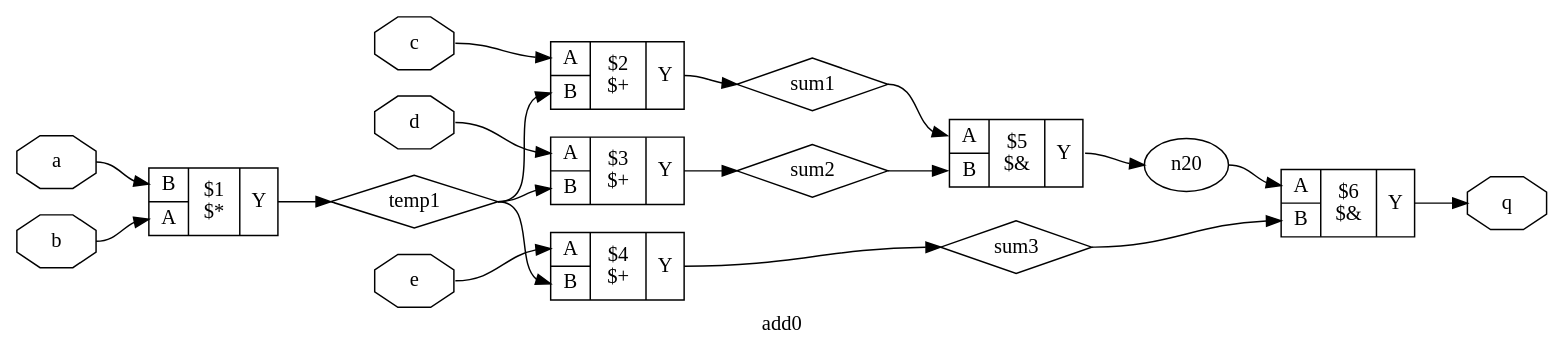
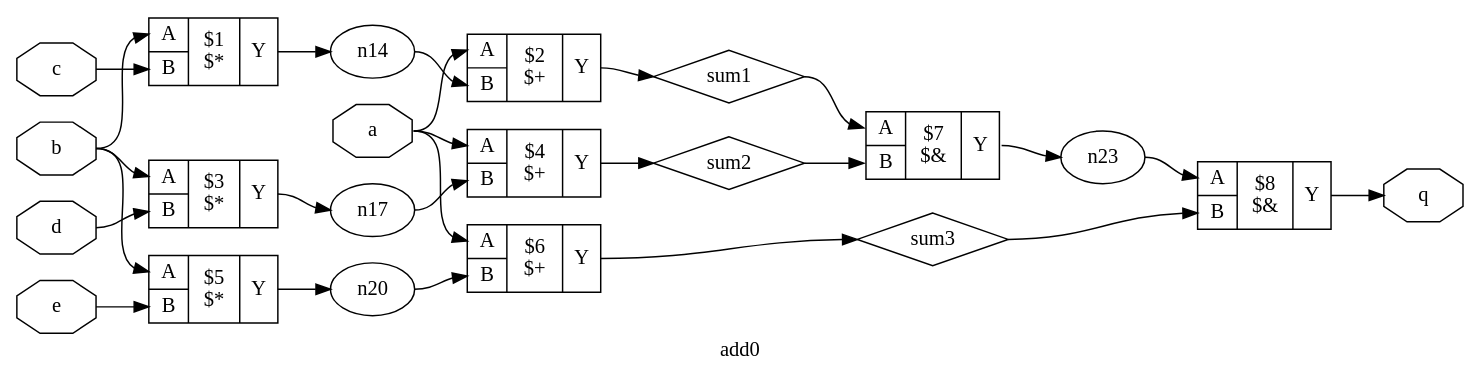
One commit to LeeKilller/LQLCode_MyIvl_v1.0_start changed the diagram in output/test1.dot. Above: the diagram before and after it, drawn with Graphviz. The commit also changed 5 other files, not shown here.

```diff
--- a/output/test1.dot
+++ b/output/test1.dot
@@ -1,39 +1,46 @@
 digraph "add0" {
 label="add0";
 rankdir="LR";
 remincross=true;
-n2 [ shape=octagon, label="a"];
-n3 [ shape=octagon, label="b"];
-n4 [ shape=octagon, label="c"];
-n5 [ shape=octagon, label="d"];
-n6 [ shape=octagon, label="e"];
-n7 [ shape=octagon, label="q"];
-n8 [ shape=diamond, label="sum1"];
-n9 [ shape=diamond, label="sum2"];
-n10 [ shape=diamond, label="sum3"];
-n11 [ shape=diamond, label="temp1"];
-c15 [ shape=record, label="{{<p12> B|<p13> A}|$1\n$*|{<p14> Y}}", ];
-n2:e -> c15:p12:w;
-n3:e -> c15:p13:w;
-c15:p14:e -> n11:w;
-c16 [ shape=record, label="{{<p13> A|<p12> B}|$2\n$+|{<p14> Y}}", ];
-n4:e -> c16:p13:w;
-c16:p14:e -> n8:w;
-n11:e -> c16:p12:w;
-c17 [ shape=record, label="{{<p13> A|<p12> B}|$3\n$+|{<p14> Y}}", ];
-n5:e -> c17:p13:w;
-c17:p14:e -> n9:w;
-n11:e -> c17:p12:w;
-c18 [ shape=record, label="{{<p13> A|<p12> B}|$4\n$+|{<p14> Y}}", ];
-n6:e -> c18:p13:w;
-c18:p14:e -> n10:w;
-n11:e -> c18:p12:w;
-c19 [ shape=record, label="{{<p13> A|<p12> B}|$5\n$&|{<p14> Y}}", ];
-n8:e -> c19:p13:w;
-c19:p14:e -> n20:w;
-n9:e -> c19:p12:w;
-c21 [ shape=record, label="{{<p13> A|<p12> B}|$6\n$&|{<p14> Y}}", ];
-c21:p14:e -> n7:w;
-n20:e -> c21:p13:w;
-n10:e -> c21:p12:w;
+n1 [ shape=octagon, label="a"];
+n2 [ shape=octagon, label="b"];
+n3 [ shape=octagon, label="c"];
+n4 [ shape=octagon, label="d"];
+n5 [ shape=octagon, label="e"];
+n6 [ shape=octagon, label="q"];
+n7 [ shape=diamond, label="sum1"];
+n8 [ shape=diamond, label="sum2"];
+n9 [ shape=diamond, label="sum3"];
+c13 [ shape=record, label="{{<p10> A|<p11> B}|$1\n$*|{<p12> Y}}", ];
+n2:e -> c13:p10:w;
+c13:p12:e -> n14:w;
+n3:e -> c13:p11:w;
+c15 [ shape=record, label="{{<p10> A|<p11> B}|$2\n$+|{<p12> Y}}", ];
+n1:e -> c15:p10:w;
+n14:e -> c15:p11:w;
+c15:p12:e -> n7:w;
+c16 [ shape=record, label="{{<p10> A|<p11> B}|$3\n$*|{<p12> Y}}", ];
+n2:e -> c16:p10:w;
+c16:p12:e -> n17:w;
+n4:e -> c16:p11:w;
+c18 [ shape=record, label="{{<p10> A|<p11> B}|$4\n$+|{<p12> Y}}", ];
+n1:e -> c18:p10:w;
+n17:e -> c18:p11:w;
+c18:p12:e -> n8:w;
+c19 [ shape=record, label="{{<p10> A|<p11> B}|$5\n$*|{<p12> Y}}", ];
+n2:e -> c19:p10:w;
+c19:p12:e -> n20:w;
+n5:e -> c19:p11:w;
+c21 [ shape=record, label="{{<p10> A|<p11> B}|$6\n$+|{<p12> Y}}", ];
+n1:e -> c21:p10:w;
+n20:e -> c21:p11:w;
+c21:p12:e -> n9:w;
+c22 [ shape=record, label="{{<p10> A|<p11> B}|$7\n$&|{<p12> Y}}", ];
+n7:e -> c22:p10:w;
+c22:p12:e -> n23:w;
+n8:e -> c22:p11:w;
+c24 [ shape=record, label="{{<p10> A|<p11> B}|$8\n$&|{<p12> Y}}", ];
+c24:p12:e -> n6:w;
+n23:e -> c24:p10:w;
+n9:e -> c24:p11:w;
 }
```
